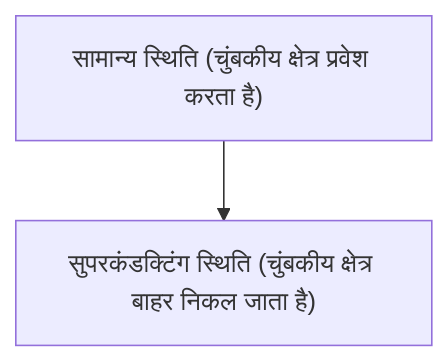
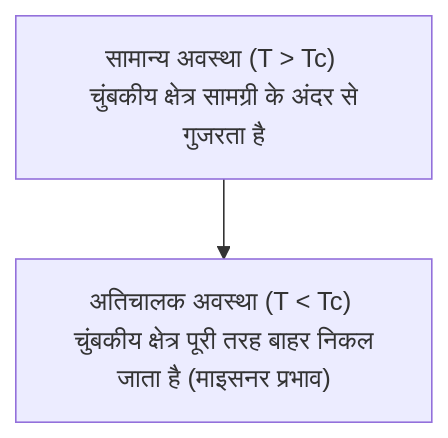
One commit to kenjinote/blog changed the diagram in content/post/physics-superconductivity/index.hi.md. Above: the diagram before and after it, drawn with Mermaid. The commit also changed other lines of this file and 219 other files, not shown here.

````diff
--- a/content/post/physics-superconductivity/index.hi.md
+++ b/content/post/physics-superconductivity/index.hi.md
@@ -17,4 +32,4 @@
 ```mermaid
 flowchart TD
-    A["सामान्य स्थिति (चुंबकीय क्षेत्र प्रवेश करता है)"] --> B["सुपरकंडक्टिंग स्थिति (चुंबकीय क्षेत्र बाहर निकल जाता है)"]
+    A["सामान्य अवस्था (T > Tc) \n चुंबकीय क्षेत्र सामग्री के अंदर से गुजरता है"] --> B["अतिचालक अवस्था (T < Tc) \n चुंबकीय क्षेत्र पूरी तरह बाहर निकल जाता है (माइसनर प्रभाव)"]
 ```
````
